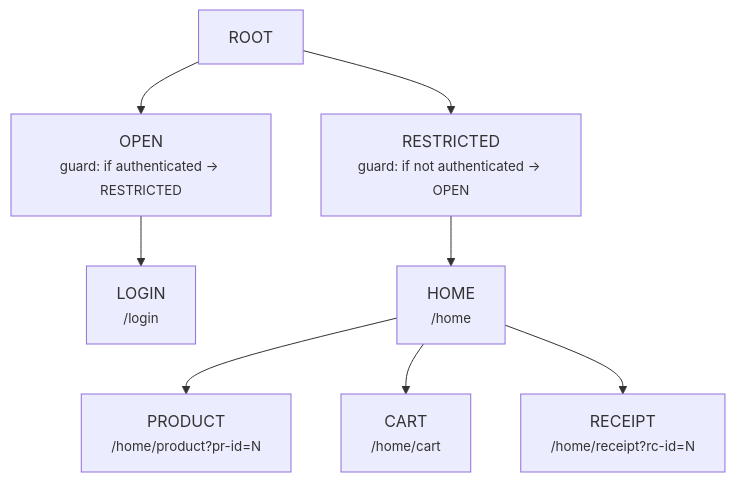
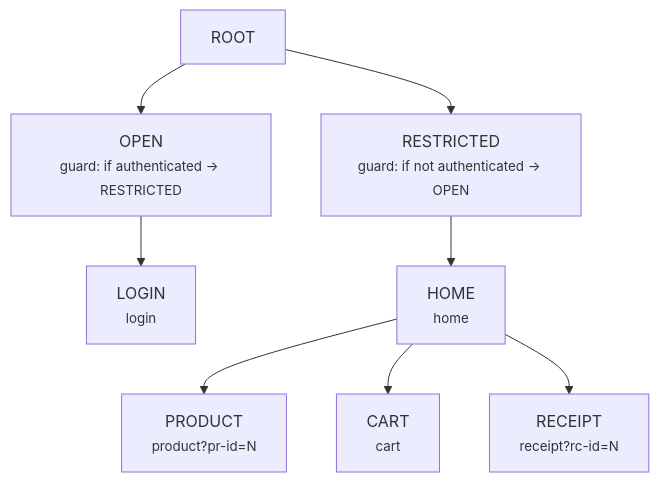
The second of 4 diagrams in docs/cube-mvp-multiplatform-architecture.md (mrcdom/wdc-cube-java-v2), drawn with Mermaid before and after one commit. The commit also changed other lines of this file and 50 other files, not shown here.

````diff
--- a/docs/cube-mvp-multiplatform-architecture.md
+++ b/docs/cube-mvp-multiplatform-architecture.md
@@ -272,11 +282,11 @@
 ```mermaid
 graph TD
     ROOT["ROOT"]
     ROOT --> OPEN["OPEN<br/><small>guard: if authenticated → RESTRICTED</small>"]
     ROOT --> RESTRICTED["RESTRICTED<br/><small>guard: if not authenticated → OPEN</small>"]
-    OPEN --> LOGIN["LOGIN<br/><small>/login</small>"]
-    RESTRICTED --> HOME["HOME<br/><small>/home</small>"]
-    HOME --> PRODUCT["PRODUCT<br/><small>/home/product?pr-id=N</small>"]
-    HOME --> CART["CART<br/><small>/home/cart</small>"]
-    HOME --> RECEIPT["RECEIPT<br/><small>/home/receipt?rc-id=N</small>"]
+    OPEN --> LOGIN["LOGIN<br/><small>login</small>"]
+    RESTRICTED --> HOME["HOME<br/><small>home</small>"]
+    HOME --> PRODUCT["PRODUCT<br/><small>product?pr-id=N</small>"]
+    HOME --> CART["CART<br/><small>cart</small>"]
+    HOME --> RECEIPT["RECEIPT<br/><small>receipt?rc-id=N</small>"]
 ```
````
